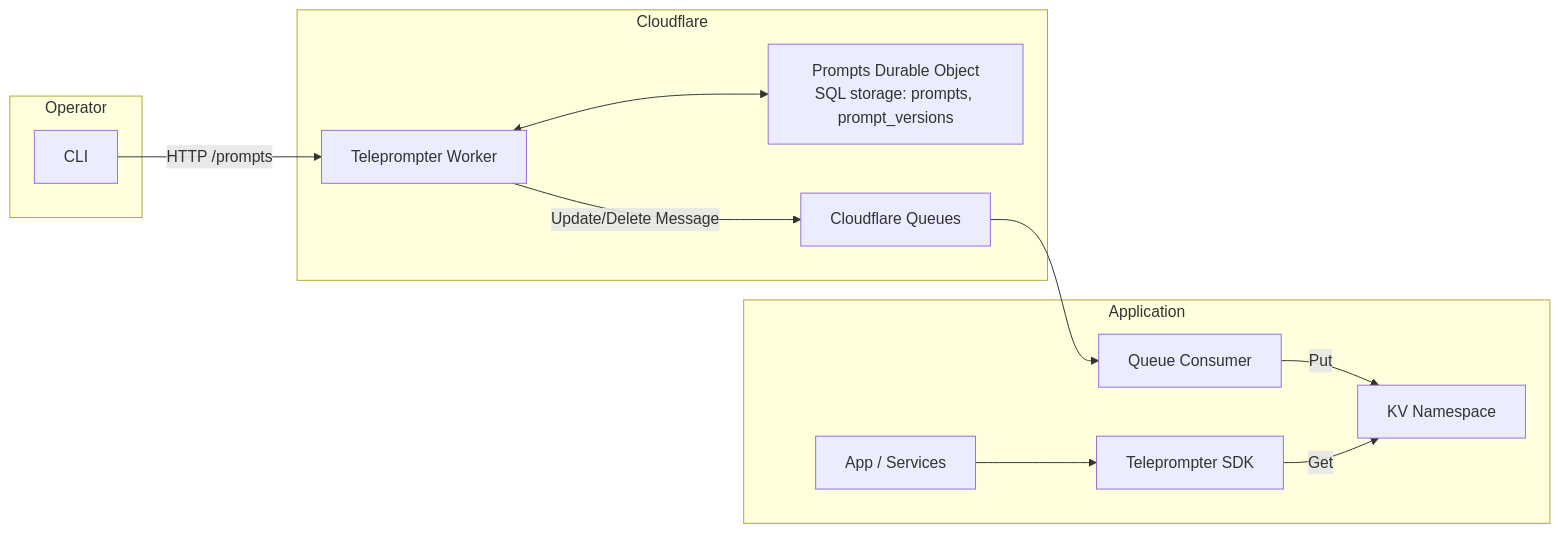
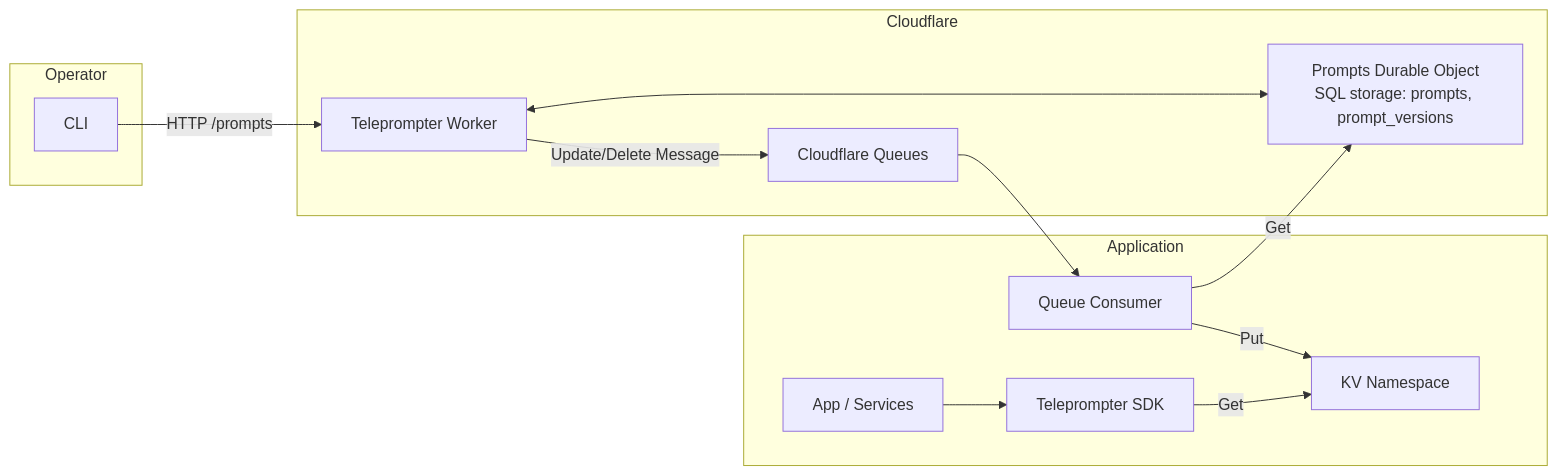
The first of 2 diagrams in docs/guides/theory-of-operation.md (britt/teleprompter), drawn with Mermaid before and after one commit.

Commit message:
docs/guides: update theory-of-operation.md
Add the requested connection from the Queue Consumer to the Durable Object to indicate reads from the Durable Object, and ensure the Cloudflare Queues label has no parentheses.

````diff
--- a/docs/guides/theory-of-operation.md
+++ b/docs/guides/theory-of-operation.md
@@ -25,27 +25,28 @@
 ```mermaid
 flowchart LR
   subgraph Operator
     CLI[CLI]
   end
 
   subgraph Cloudflare
     W[Teleprompter Worker]
     DO[Prompts Durable Object\nSQL storage: prompts, prompt_versions]
     Q[Cloudflare Queues]
   end
 
   subgraph Application
     C[Queue Consumer]
     KV[KV Namespace]
     APP[App / Services]
     SDK[Teleprompter SDK]
   end
 
   CLI -->|HTTP /prompts| W
   W <--> DO
   W -->|Update/Delete Message| Q
   Q --> C
   C -->|Put| KV
+  C -->|Get| DO
   SDK -->|Get| KV
   APP --> SDK
 ```
````
